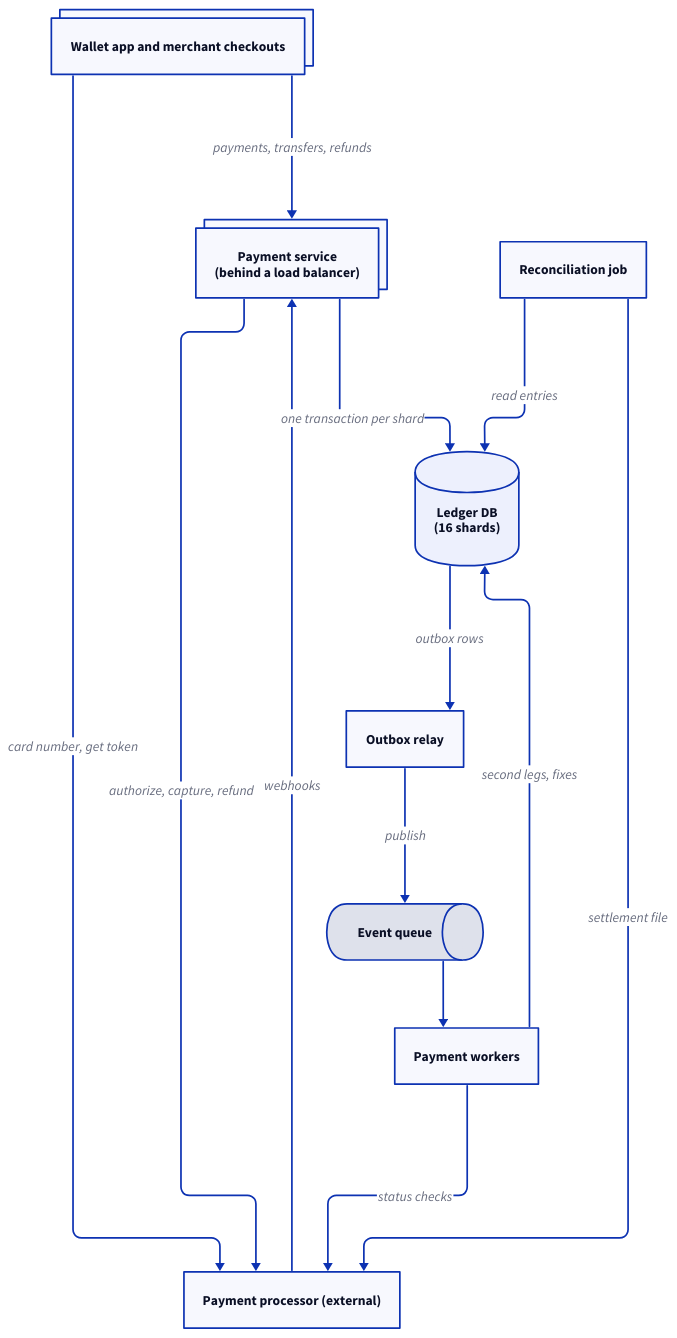
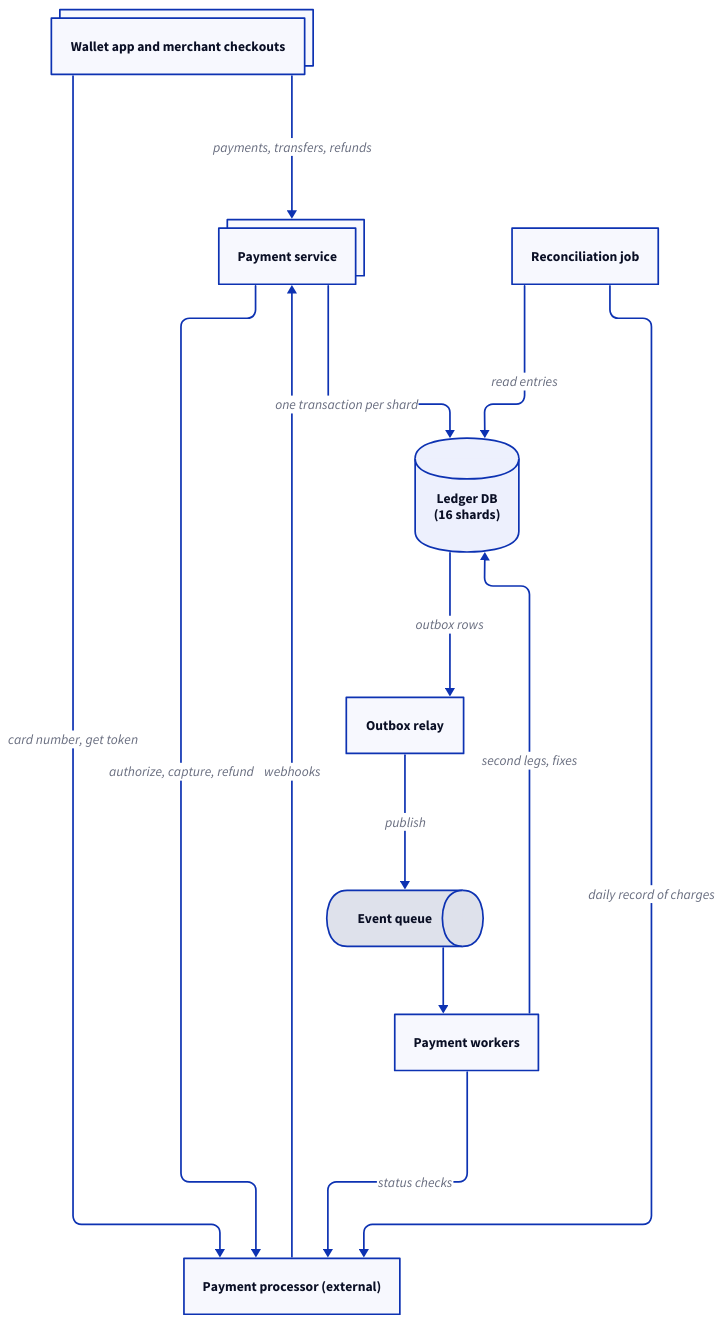
The diagram in src/system-design/diagrams/payment-system/architecture.d2 (enbattle/til), drawn with D2 before and after one commit. The commit also changed 14 other files, not shown here.

```diff
--- a/src/system-design/diagrams/payment-system/architecture.d2
+++ b/src/system-design/diagrams/payment-system/architecture.d2
@@ -1,42 +1,43 @@
 # High-level architecture of the payment system and wallet: apps hand card
 # numbers straight to the processor for a token; the payment service writes
 # each money movement, and each processor webhook, as one transaction on a
-# ledger shard; outbox events feed the workers that run cross-shard second legs
-# and status checks; the daily reconciliation compares the processor's
-# settlement file with the ledger.
+# ledger shard; outbox rows go through the relay to the queue that feeds the workers,
+# which run cross-shard second legs and status checks; the daily
+# reconciliation compares the processor's daily record of charges with the
+# ledger.
 vars: {
   d2-config: {
     layout-engine: elk
   }
 }
 direction: down
 
 client: Wallet app and merchant checkouts {
   style.multiple: true
 }
-svc: "Payment service\n(behind a load balancer)" {
+svc: Payment service {
   style.multiple: true
 }
 processor: Payment processor (external)
 shards: "Ledger DB\n(16 shards)" {
   shape: cylinder
 }
 relay: Outbox relay
 queue: Event queue {
   shape: queue
 }
 workers: Payment workers
 recon: Reconciliation job
 
 client -> processor: "card number, get token"
 client -> svc: "payments, transfers, refunds"
 svc -> shards: "one transaction per shard"
 svc -> processor: "authorize, capture, refund"
 processor -> svc: "webhooks"
 shards -> relay: "outbox rows"
 relay -> queue: "publish"
 queue -> workers
 workers -> shards: "second legs, fixes"
 workers -> processor: "status checks"
-recon -> processor: "settlement file"
+recon -> processor: "daily record of charges"
 recon -> shards: "read entries"
```
